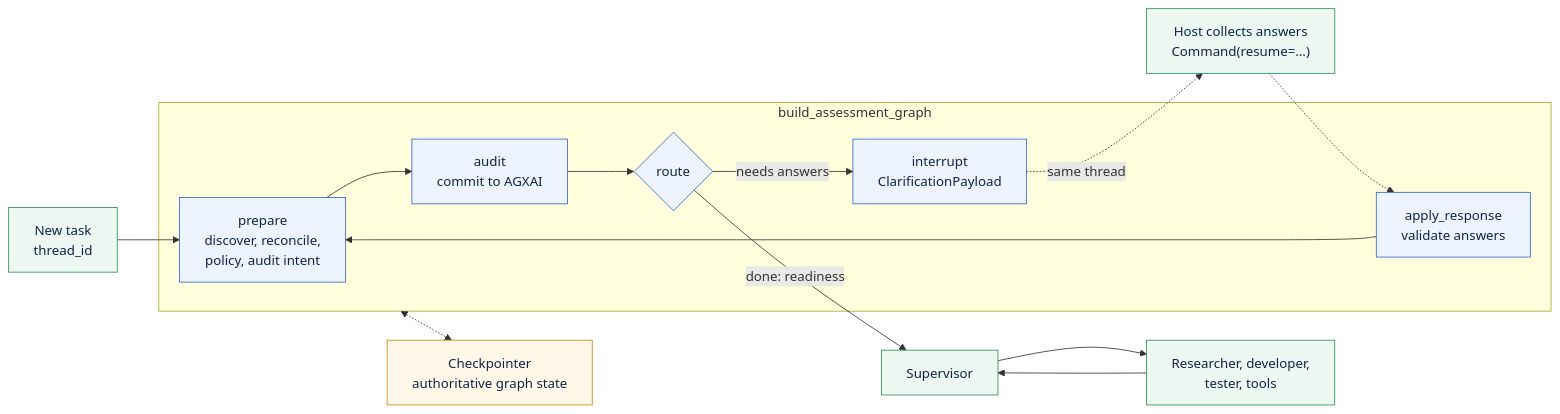
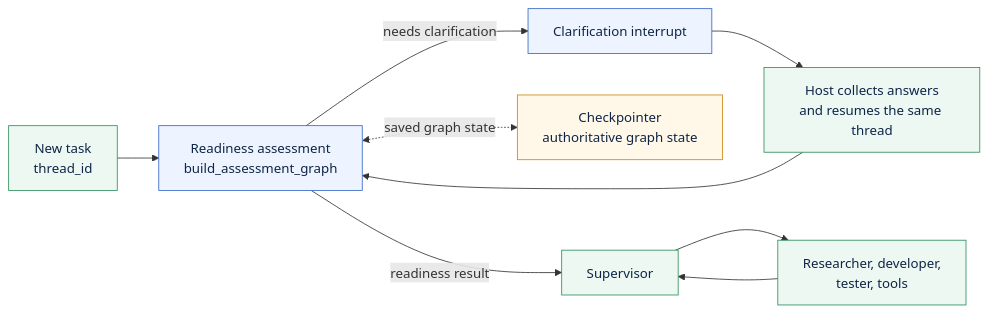
The diagram in diagrams/langgraph-integration.mmd (smuniharish/sufficiency-engine), drawn with Mermaid before and after one commit. The commit also changed 32 other files, not shown here.

```diff
--- a/diagrams/langgraph-integration.mmd
+++ b/diagrams/langgraph-integration.mmd
@@ -1,26 +1,18 @@
 flowchart LR
     classDef app fill:#ecf8f1,stroke:#2f8f5b,color:#0f2547
     classDef core fill:#eef4ff,stroke:#3567c7,color:#0f2547
     classDef provider fill:#fff7e8,stroke:#c98a12,color:#0f2547
 
     entry["New task<br/>thread_id"]:::app
 
-    subgraph Readiness["build_assessment_graph"]
-        prepare["prepare<br/>discover, reconcile,<br/>policy, audit intent"]:::core
-        audit["audit<br/>commit to AGXAI"]:::core
-        route{"route"}:::core
-        pause["interrupt<br/>ClarificationPayload"]:::core
-        apply["apply_response<br/>validate answers"]:::core
-    end
-
-    host["Host collects answers<br/>Command(resume=...)"]:::app
+    readiness["Readiness assessment<br/>build_assessment_graph"]:::core
+    interrupt["Clarification interrupt"]:::core
+    host["Host collects answers<br/>and resumes the same thread"]:::app
     checkpointer["Checkpointer<br/>authoritative graph state"]:::provider
     supervisor["Supervisor"]:::app
     workers["Researcher, developer,<br/>tester, tools"]:::app
 
-    entry --> prepare --> audit --> route
-    route -- "needs answers" --> pause
-    pause -. "same thread" .-> host -.-> apply
-    apply --> prepare
-    route -- "done: readiness" --> supervisor --> workers --> supervisor
-    Readiness <-.-> checkpointer
+    entry --> readiness
+    readiness -- "needs clarification" --> interrupt --> host --> readiness
+    readiness -- "readiness result" --> supervisor --> workers --> supervisor
+    readiness <-. "saved graph state" .-> checkpointer
```
